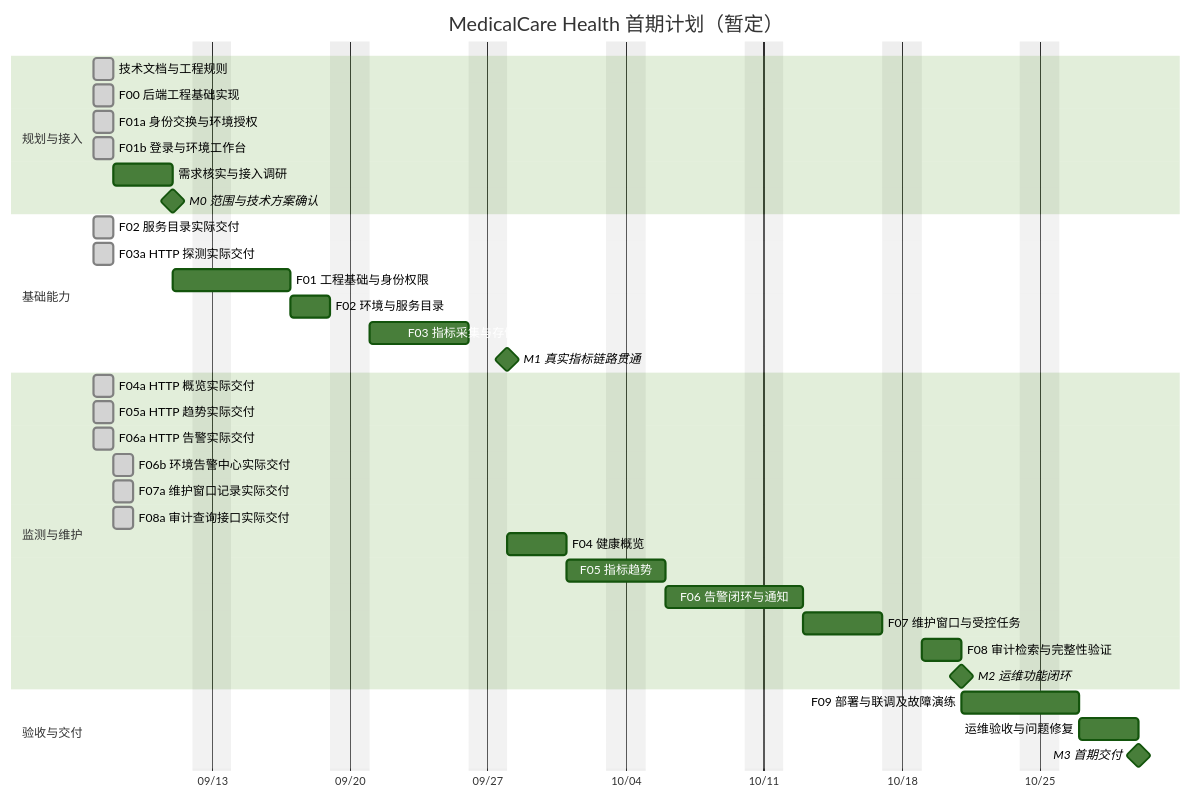
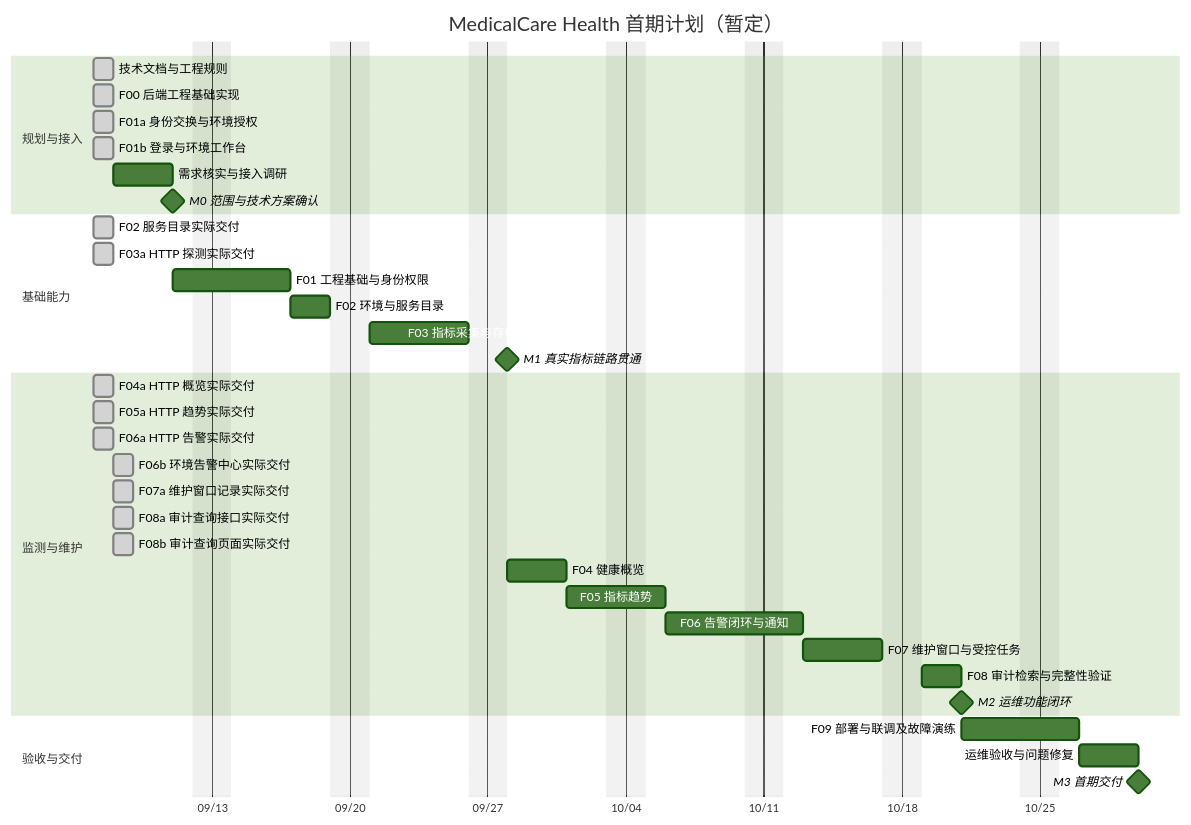
The diagram in docs/project-plan.md (lafie-s/MedicalCare_Health), drawn with Mermaid (forest theme) before and after one commit. The commit also changed other lines of this file and 10 other files, not shown here.

````diff
--- a/docs/project-plan.md
+++ b/docs/project-plan.md
@@ -13,38 +13,39 @@
 ```mermaid
 gantt
     title MedicalCare Health 首期计划（暂定）
     dateFormat YYYY-MM-DD
     axisFormat %m/%d
     excludes weekends
     section 规划与接入
     技术文档与工程规则              :done, docs, 2026-09-07, 1d
     F00 后端工程基础实现           :done, f00, 2026-09-07, 1d
     F01a 身份交换与环境授权        :done, f01a, 2026-09-07, 1d
     F01b 登录与环境工作台          :done, f01b, 2026-09-07, 1d
     需求核实与接入调研              :a0, 2026-09-08, 3d
     M0 范围与技术方案确认           :milestone, m0, after a0, 0d
     section 基础能力
     F02 服务目录实际交付           :done, f02actual, 2026-09-07, 1d
     F03a HTTP 探测实际交付         :done, f03actual, 2026-09-07, 1d
     F01 工程基础与身份权限          :a1, after m0, 4d
     F02 环境与服务目录              :a2, after a1, 2d
     F03 指标采集与存储接入          :a3, after a2, 5d
     M1 真实指标链路贯通             :milestone, m1, after a3, 0d
     section 监测与维护
     F04a HTTP 概览实际交付         :done, f04actual, 2026-09-07, 1d
     F05a HTTP 趋势实际交付         :done, f05actual, 2026-09-07, 1d
     F06a HTTP 告警实际交付         :done, f06actual, 2026-09-07, 1d
     F06b 环境告警中心实际交付     :done, f06bactual, 2026-09-08, 1d
     F07a 维护窗口记录实际交付     :done, f07aactual, 2026-09-08, 1d
     F08a 审计查询接口实际交付     :done, f08aactual, 2026-09-08, 1d
+    F08b 审计查询页面实际交付     :done, f08bactual, 2026-09-08, 1d
     F04 健康概览                   :a4, after m1, 3d
     F05 指标趋势                   :a5, after a4, 3d
     F06 告警闭环与通知              :a6, after a5, 5d
     F07 维护窗口与受控任务          :a7, after a6, 4d
     F08 审计检索与完整性验证        :a8, after a7, 2d
     M2 运维功能闭环                :milestone, m2, after a8, 0d
     section 验收与交付
     F09 部署与联调及故障演练        :a9, after m2, 4d
     运维验收与问题修复              :a10, after a9, 3d
     M3 首期交付                    :milestone, m3, after a10, 0d
 ```
````
